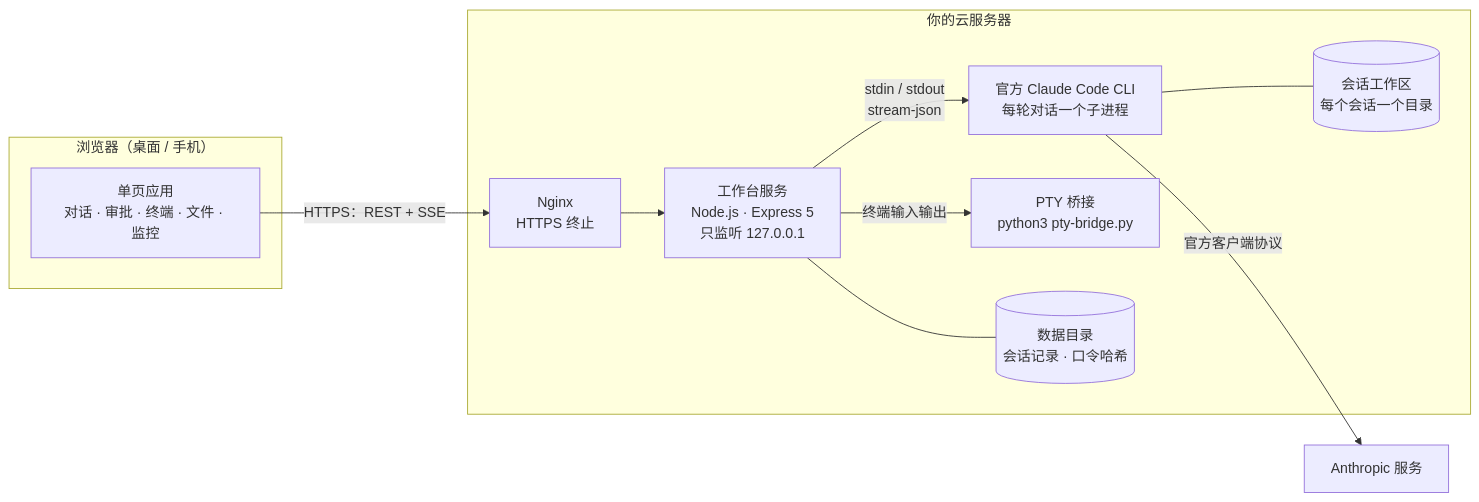
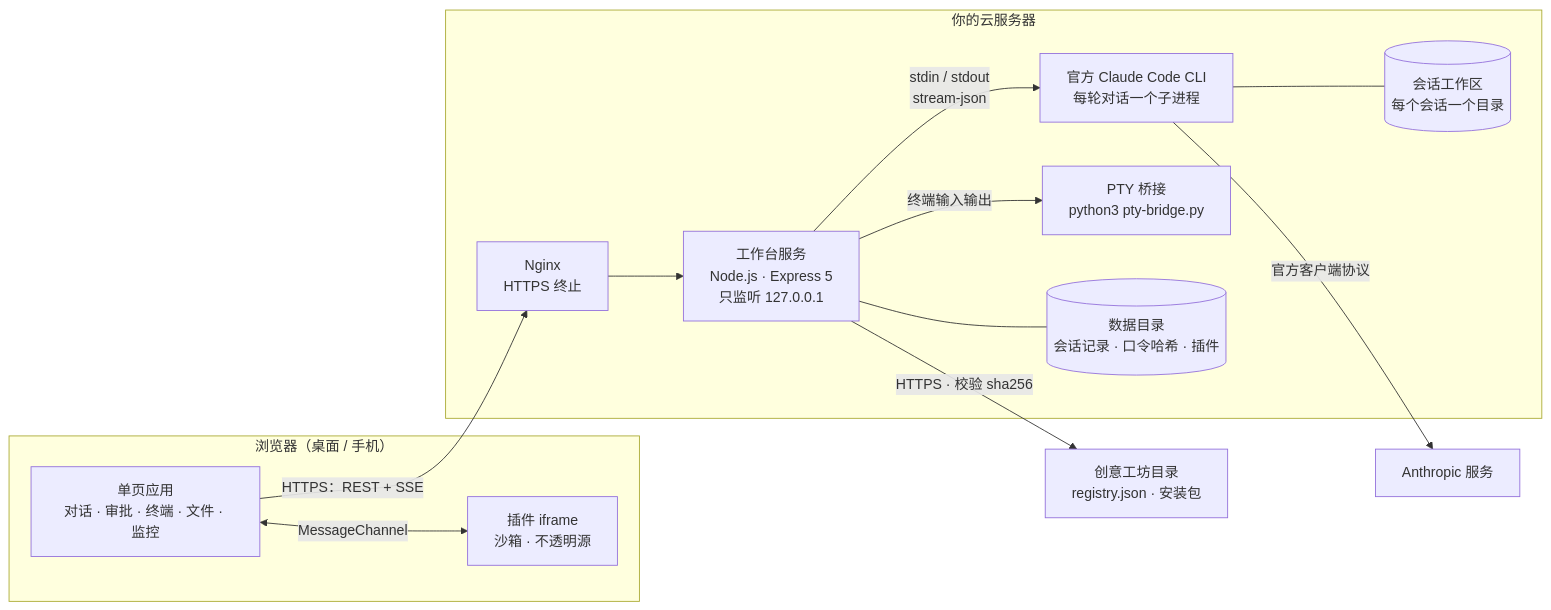
One commit to Myr168185608/fusheng-kelaude-workbench changed the first of 3 diagrams in docs/ARCHITECTURE.md. Above: the diagram before and after it, drawn with Mermaid. The commit also changed other lines of this file and 25 other files, not shown here.

````diff
--- a/docs/ARCHITECTURE.md
+++ b/docs/ARCHITECTURE.md
@@ -16,22 +16,26 @@
 ```mermaid
 flowchart LR
   subgraph Browser["浏览器（桌面 / 手机）"]
     UI["单页应用<br/>对话 · 审批 · 终端 · 文件 · 监控"]
+    PLG["插件 iframe<br/>沙箱 · 不透明源"]
   end
   subgraph Host["你的云服务器"]
     NGX["Nginx<br/>HTTPS 终止"]
     WB["工作台服务<br/>Node.js · Express 5<br/>只监听 127.0.0.1"]
     CLI["官方 Claude Code CLI<br/>每轮对话一个子进程"]
     PTY["PTY 桥接<br/>python3 pty-bridge.py"]
-    DATA[("数据目录<br/>会话记录 · 口令哈希")]
+    DATA[("数据目录<br/>会话记录 · 口令哈希 · 插件")]
     WS[("会话工作区<br/>每个会话一个目录")]
   end
   API["Anthropic 服务"]
+  SHOP["创意工坊目录<br/>registry.json · 安装包"]
 
   UI -- "HTTPS：REST + SSE" --> NGX --> WB
   WB -- "stdin / stdout<br/>stream-json" --> CLI
   CLI -- "官方客户端协议" --> API
   WB -- "终端输入输出" --> PTY
   WB --- DATA
   CLI --- WS
+  UI <-->|MessageChannel| PLG
+  WB -- "HTTPS · 校验 sha256" --> SHOP
 ```
````
